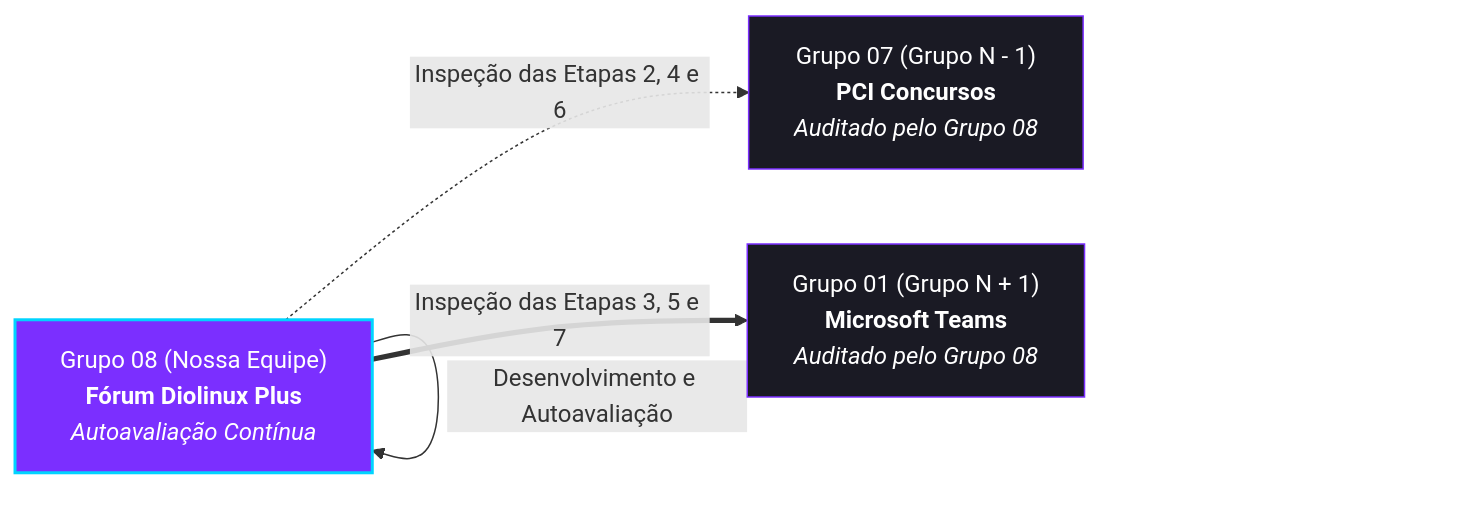
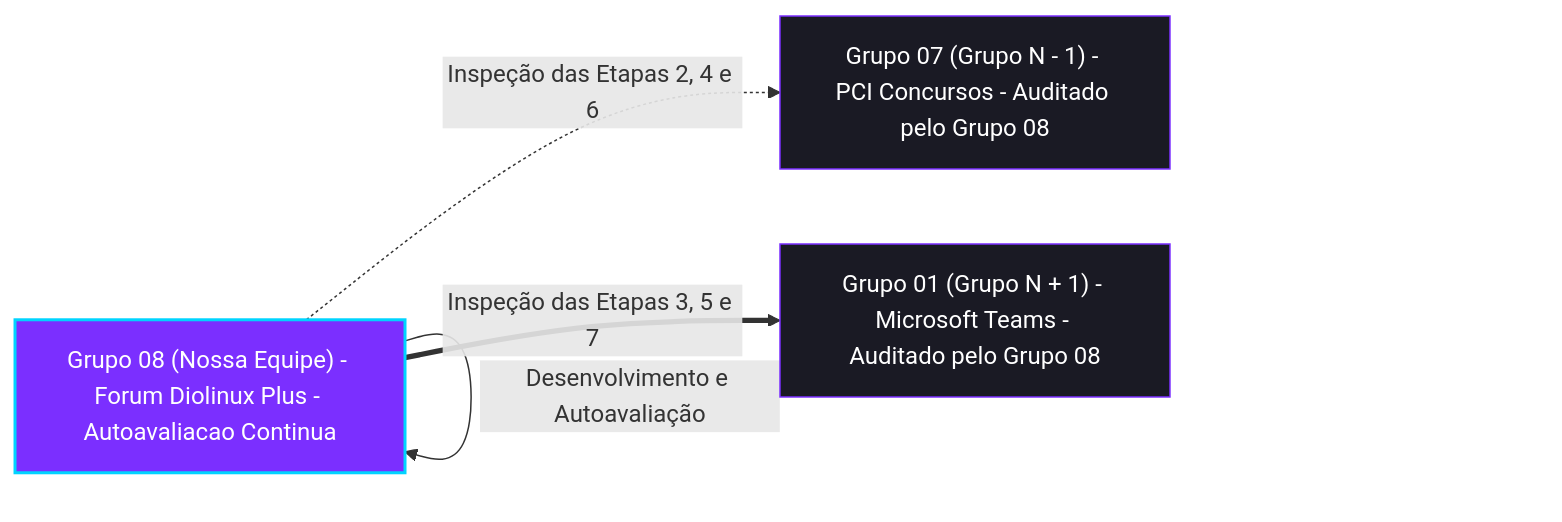
Before and after one commit to Interacao-Humano-Computador/2026.2-Grupo08: the diagram in docs/verificacao/index.md, drawn with Mermaid. The commit also changed other lines of this file and 5 other files, not shown here.

````diff
--- a/docs/verificacao/index.md
+++ b/docs/verificacao/index.md
@@ -39,15 +39,15 @@
 ```mermaid
 flowchart LR
-    G07["Grupo 07 (Grupo N - 1)<br/><b>PCI Concursos</b><br/><i>Auditado pelo Grupo 08</i>"]
-    G08["Grupo 08 (Nossa Equipe)<br/><b>Fórum Diolinux Plus</b><br/><i>Autoavaliação Contínua</i>"]
-    G01["Grupo 01 (Grupo N + 1)<br/><b>Microsoft Teams</b><br/><i>Auditado pelo Grupo 08</i>"]
+    G07["Grupo 07 (Grupo N - 1) - PCI Concursos - Auditado pelo Grupo 08"]
+    G08["Grupo 08 (Nossa Equipe) - Forum Diolinux Plus - Autoavaliacao Continua"]
+    G01["Grupo 01 (Grupo N + 1) - Microsoft Teams - Auditado pelo Grupo 08"]
 
     G08 -.->|"Inspeção das Etapas 2, 4 e 6"| G07
     G08 -->|"Desenvolvimento e Autoavaliação"| G08
     G08 ==>|"Inspeção das Etapas 3, 5 e 7"| G01
 
     classDef active fill:#7B2FFF,stroke:#00D4FF,stroke-width:2px,color:#fff;
     classDef peer fill:#1A1A24,stroke:#7B2FFF,stroke-width:1px,color:#fff;
     class G08 active;
     class G07,G01 peer;
 ```
````
